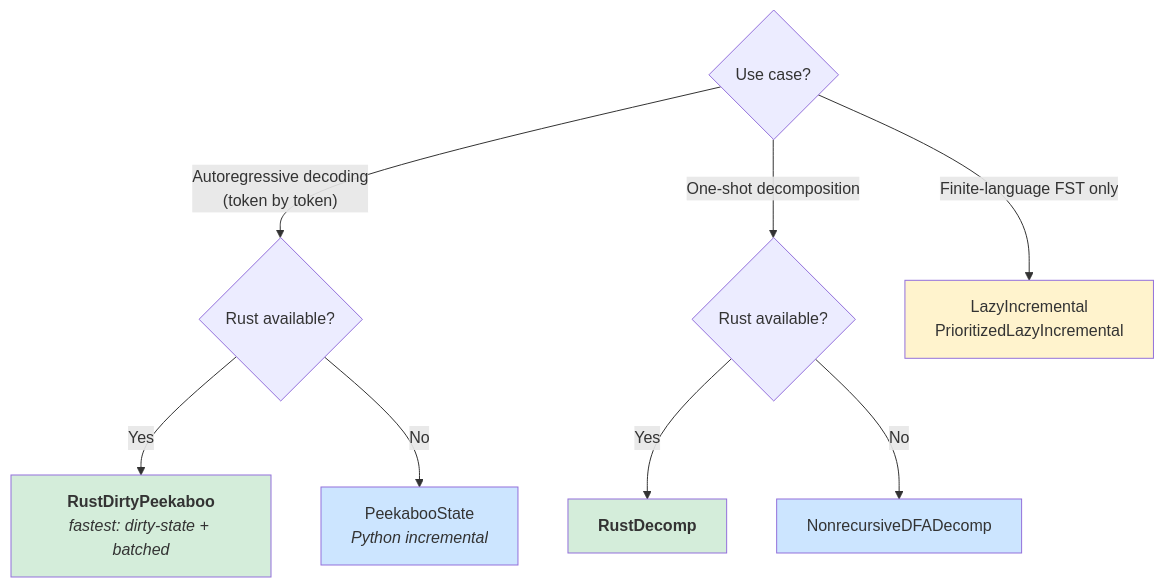
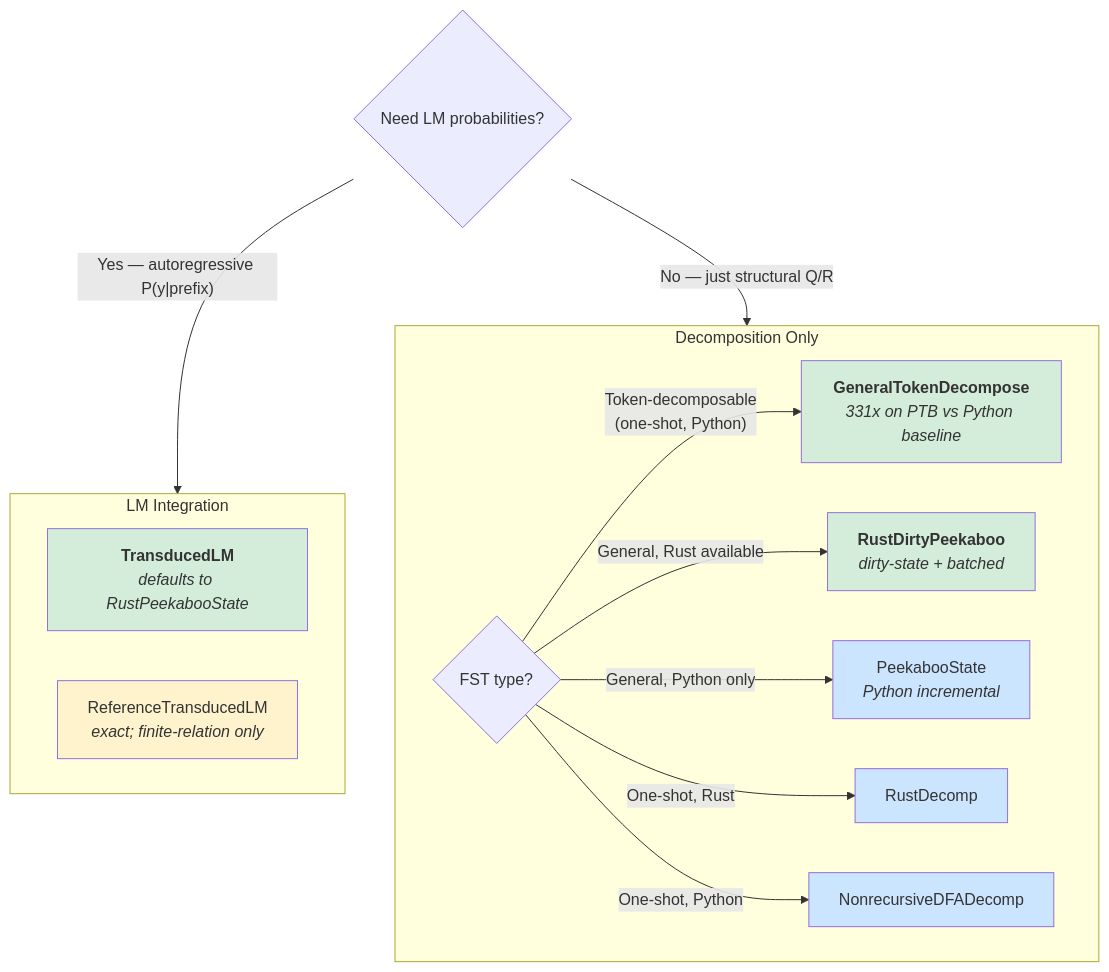
One commit to timvieira/transduction changed the diagram in reports/ALGORITHM_ASSESSMENT.md. Above: the diagram before and after it, drawn with Mermaid. The commit also changed other lines of this file and 47 other files, not shown here.

First line of the commit message:
Add Rust position-set peekaboo, benchmark dashboard, and LM/decomp improvements

````diff
--- a/reports/ALGORITHM_ASSESSMENT.md
+++ b/reports/ALGORITHM_ASSESSMENT.md
@@ -90,19 +145,28 @@
 ```mermaid
 graph TD
-    Q1{"Use case?"}
-    Q1 -->|"Autoregressive decoding<br/>(token by token)"| Q2{"Rust available?"}
-    Q1 -->|"One-shot decomposition"| Q3{"Rust available?"}
-    Q1 -->|"Finite-language FST only"| FIN["LazyIncremental<br/>PrioritizedLazyIncremental"]
+    Q0{"Need LM probabilities?"}
+    Q0 -->|"Yes — autoregressive P(y|prefix)"| LM_BRANCH
+    Q0 -->|"No — just structural Q/R"| DECOMP_BRANCH
 
-    Q2 -->|"Yes"| BEST["<b>RustDirtyPeekaboo</b><br/><i>fastest: dirty-state + batched</i>"]
-    Q2 -->|"No"| PY["PeekabooState<br/><i>Python incremental</i>"]
+    subgraph LM_BRANCH["LM Integration"]
+        LM1["<b>TransducedLM</b><br/><i>defaults to RustPeekabooState</i>"]
+        LM2["ReferenceTransducedLM<br/><i>exact; finite-relation only</i>"]
+    end
 
-    Q3 -->|"Yes"| RUST1["<b>RustDecomp</b>"]
-    Q3 -->|"No"| PY1["NonrecursiveDFADecomp"]
+    subgraph DECOMP_BRANCH["Decomposition Only"]
+        D1{"FST type?"}
+        D1 -->|"Token-decomposable<br/>(one-shot, Python)"| GTD["<b>GeneralTokenDecompose</b><br/><i>331x on PTB vs Python baseline</i>"]
+        D1 -->|"General, Rust available"| RDP["<b>RustDirtyPeekaboo</b><br/><i>dirty-state + batched</i>"]
+        D1 -->|"General, Python only"| PY["PeekabooState<br/><i>Python incremental</i>"]
+        D1 -->|"One-shot, Rust"| RUST1["RustDecomp"]
+        D1 -->|"One-shot, Python"| PY1["NonrecursiveDFADecomp"]
+    end
 
-    style BEST fill:#d4edda
-    style RUST1 fill:#d4edda
+    style LM1 fill:#d4edda
+    style LM2 fill:#fff3cd
+    style GTD fill:#d4edda
+    style RDP fill:#d4edda
     style PY fill:#cce5ff
+    style RUST1 fill:#cce5ff
     style PY1 fill:#cce5ff
-    style FIN fill:#fff3cd
 ```
````
